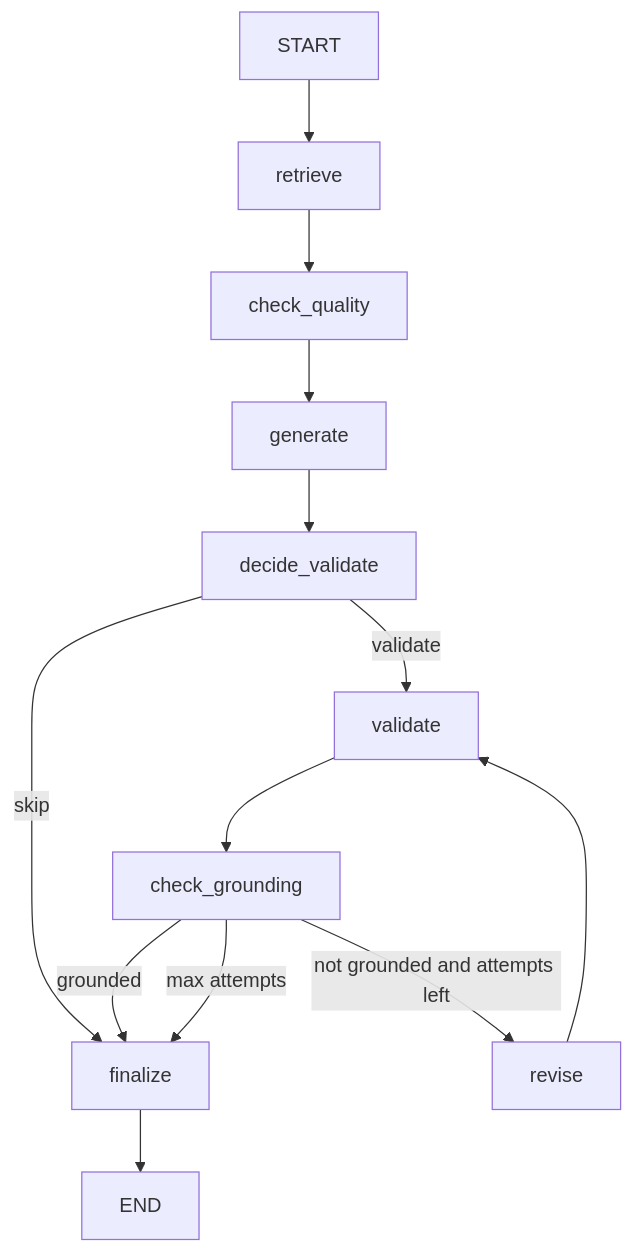
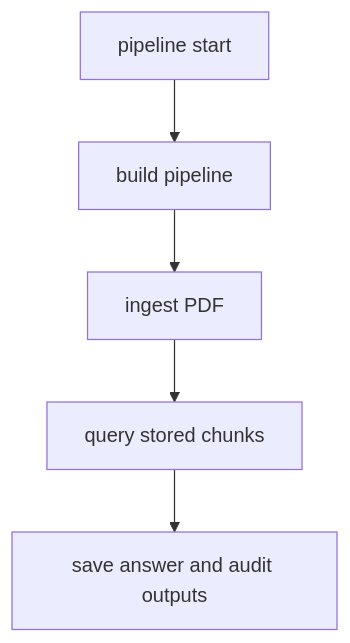
The fourth of 4 diagrams in docs/FLOW.md (Mr-Kondo/agentic_rag_for_multi_model_pdf_extraction), drawn with Mermaid before and after one commit. The commit also changed other lines of this file and 36 other files, not shown here.

````diff
--- a/docs/FLOW.md
+++ b/docs/FLOW.md
@@ -180,15 +76,7 @@
 ```mermaid
 flowchart TD
-  A[START] --> B[retrieve]
-  B --> C[check_quality]
-  C --> D[generate]
-  D --> E[decide_validate]
-  E -->|skip| I[finalize]
-  E -->|validate| F[validate]
-  F --> G[check_grounding]
-  G -->|grounded| I
-  G -->|not grounded and attempts left| H[revise]
-  H --> F
-  G -->|max attempts| I
-  I --> J[END]
+  A[pipeline start] --> B[build pipeline]
+  B --> C[ingest PDF]
+  C --> D[query stored chunks]
+  D --> E[save answer and audit outputs]
 ```
````
